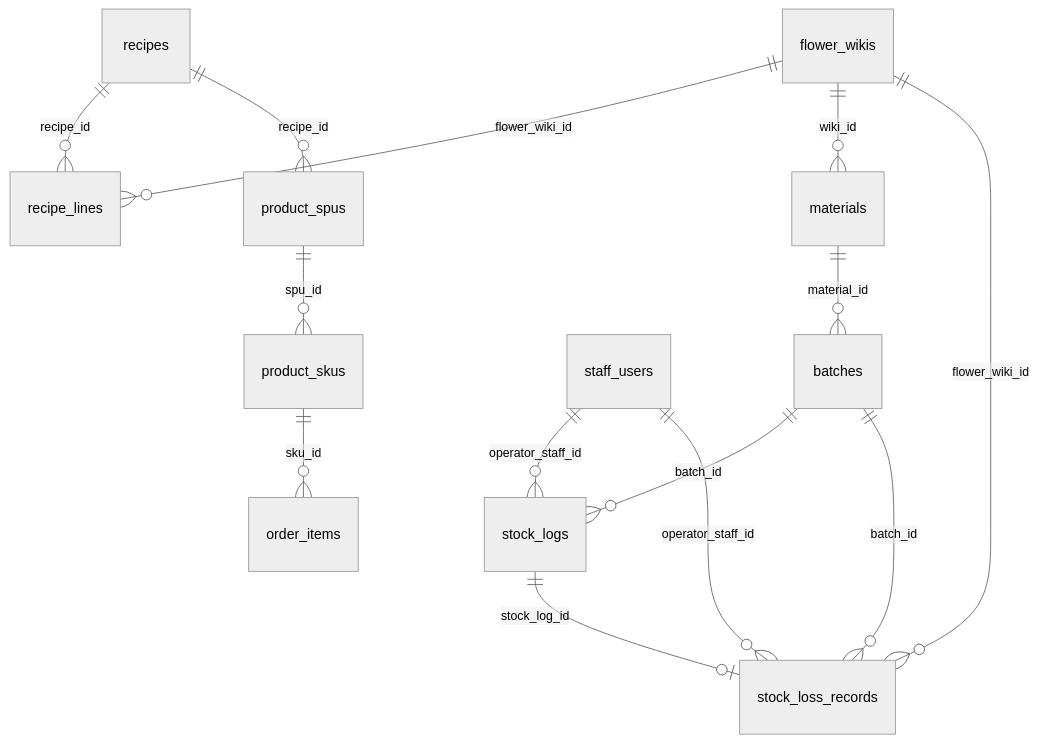
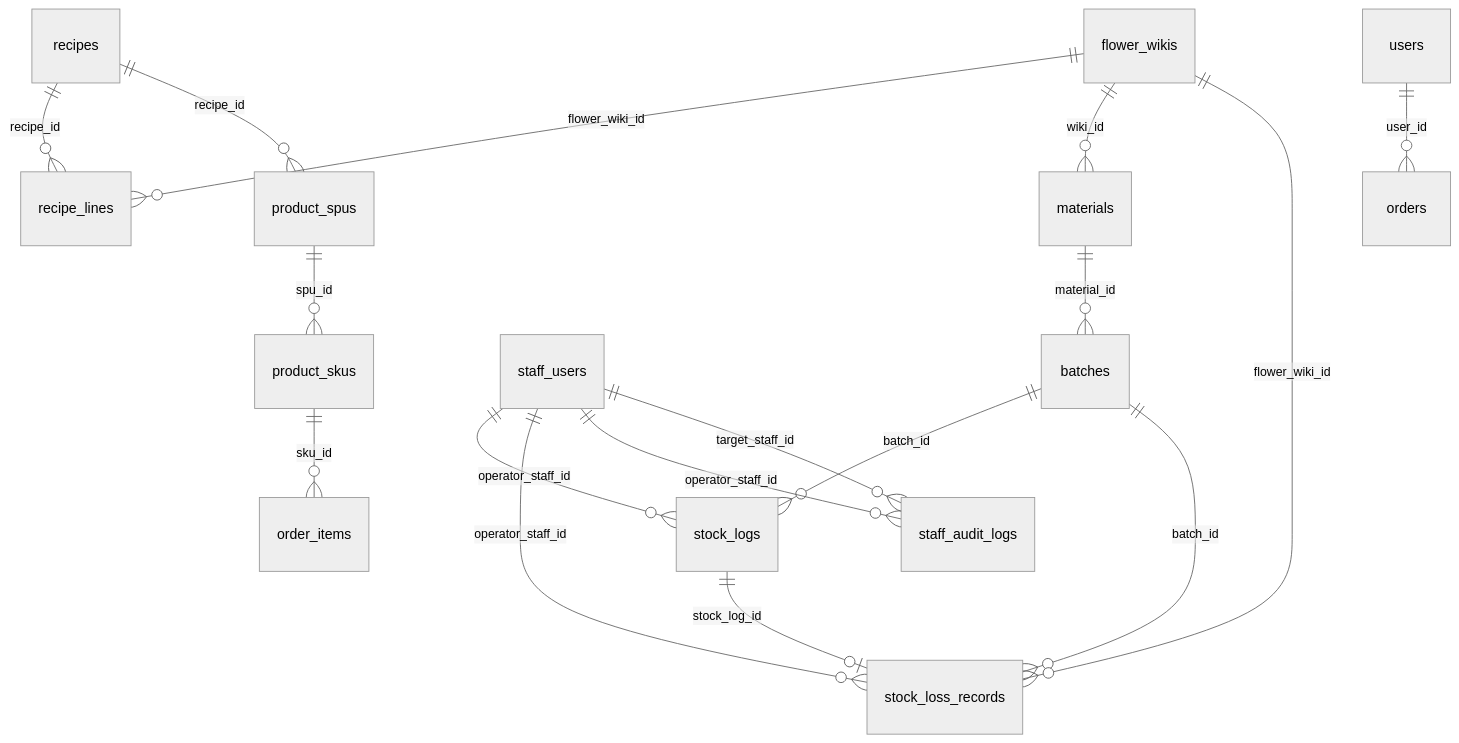
One commit to movingtea/42_flower_management changed the diagram in flower-wms-system/ARCHITECTURE.md. Above: the diagram before and after it, drawn with Mermaid (neutral theme). The commit also changed other lines of this file, not shown here.

Commit message:
Enhance architecture documentation with new Admin routes and authentication details. Introduce staff user management features, including password reset functionality and role-based access control (RBAC) for backend operations. Update Prisma models to reflect new staff user and audit log structures.

````diff
--- a/flower-wms-system/ARCHITECTURE.md
+++ b/flower-wms-system/ARCHITECTURE.md
@@ -472,16 +572,19 @@
 ```mermaid
 erDiagram
   flower_wikis ||--o{ recipe_lines : "flower_wiki_id"
   recipes ||--o{ recipe_lines : "recipe_id"
   recipes ||--o{ product_spus : "recipe_id"
   flower_wikis ||--o{ materials : "wiki_id"
   materials ||--o{ batches : "material_id"
   batches ||--o{ stock_logs : "batch_id"
   batches ||--o{ stock_loss_records : "batch_id"
   flower_wikis ||--o{ stock_loss_records : "flower_wiki_id"
   stock_logs ||--o| stock_loss_records : "stock_log_id"
   staff_users ||--o{ stock_logs : "operator_staff_id"
   staff_users ||--o{ stock_loss_records : "operator_staff_id"
+  staff_users ||--o{ staff_audit_logs : "operator_staff_id"
+  staff_users ||--o{ staff_audit_logs : "target_staff_id"
   product_spus ||--o{ product_skus : "spu_id"
   product_skus ||--o{ order_items : "sku_id"
+  users ||--o{ orders : "user_id"
 ```
````
